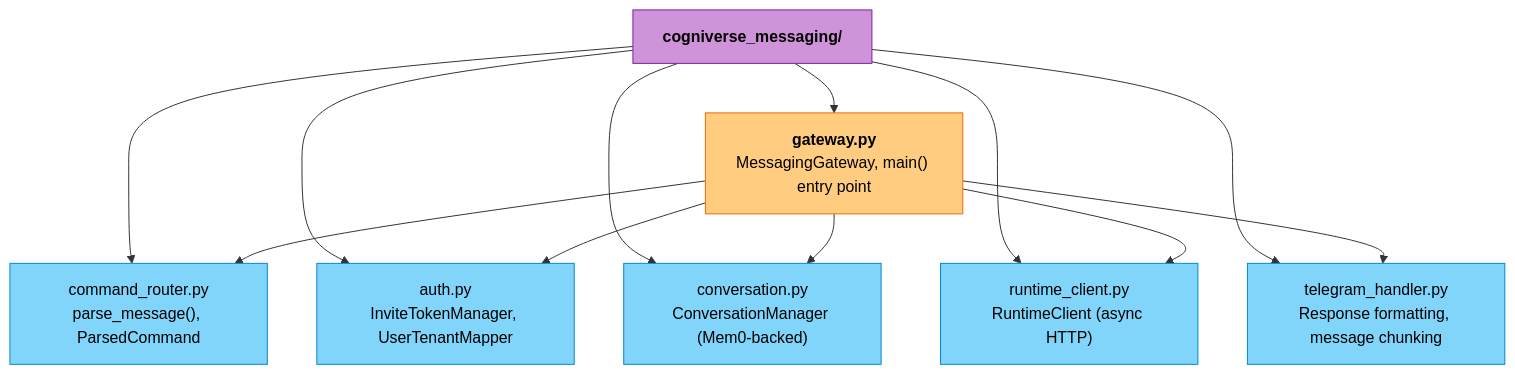
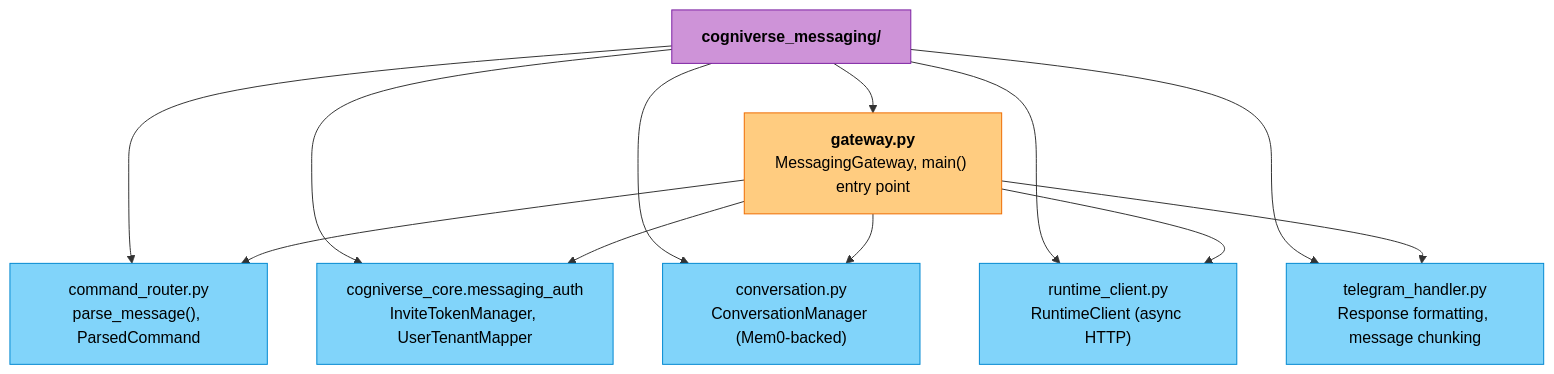
The first of 2 diagrams in docs/modules/messaging.md (amit-jain/cogniverse), drawn with Mermaid before and after one commit. The commit also changed other lines of this file and 6 other files, not shown here.

Commit message:
Move messaging auth primitives into core

````diff
--- a/docs/modules/messaging.md
+++ b/docs/modules/messaging.md
@@ -40,25 +40,25 @@
 ```mermaid
 graph TD
     Root["<span style='color:#000'><b>cogniverse_messaging/</b></span>"]
 
     Root --> Gateway["<span style='color:#000'><b>gateway.py</b><br/>MessagingGateway, main() entry point</span>"]
     Root --> CommandRouter["<span style='color:#000'>command_router.py<br/>parse_message(), ParsedCommand</span>"]
-    Root --> Auth["<span style='color:#000'>auth.py<br/>InviteTokenManager, UserTenantMapper</span>"]
+    Root --> Auth["<span style='color:#000'>cogniverse_core.messaging_auth<br/>InviteTokenManager, UserTenantMapper</span>"]
     Root --> Conversation["<span style='color:#000'>conversation.py<br/>ConversationManager (Mem0-backed)</span>"]
     Root --> RuntimeClient["<span style='color:#000'>runtime_client.py<br/>RuntimeClient (async HTTP)</span>"]
     Root --> TelegramHandler["<span style='color:#000'>telegram_handler.py<br/>Response formatting, message chunking</span>"]
 
     Gateway --> CommandRouter
     Gateway --> Auth
     Gateway --> Conversation
     Gateway --> RuntimeClient
     Gateway --> TelegramHandler
 
     style Root fill:#ce93d8,stroke:#7b1fa2,color:#000
     style Gateway fill:#ffcc80,stroke:#ef6c00,color:#000
     style CommandRouter fill:#81d4fa,stroke:#0288d1,color:#000
     style Auth fill:#81d4fa,stroke:#0288d1,color:#000
     style Conversation fill:#81d4fa,stroke:#0288d1,color:#000
     style RuntimeClient fill:#81d4fa,stroke:#0288d1,color:#000
     style TelegramHandler fill:#81d4fa,stroke:#0288d1,color:#000
 ```
````
